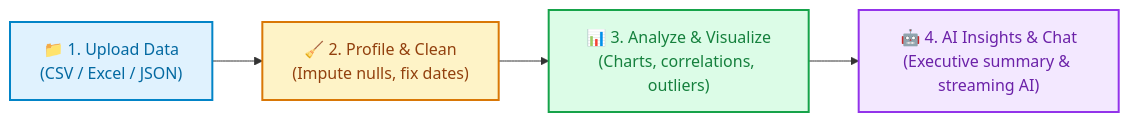
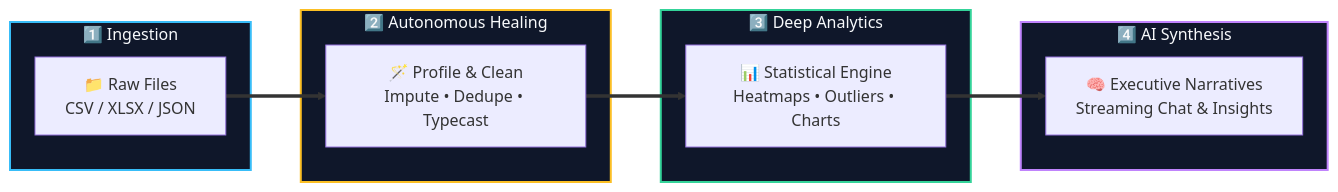
The first of 2 diagrams in README.md (s1Siddharth/HackMee), drawn with Mermaid before and after one commit. The commit also changed other lines of this file, not shown here.

Commit message:
docs: Upgrade README with UI-matched 6 core capabilities, rich emojis, and sleek dark-mode flowcharts

````diff
--- a/README.md
+++ b/README.md
@@ -23,11 +94,25 @@
 ```mermaid
 flowchart LR
-    A["📁 1. Upload Data<br>(CSV / Excel / JSON)"] --> B["🧹 2. Profile & Clean<br>(Impute nulls, fix dates)"]
-    B --> C["📊 3. Analyze & Visualize<br>(Charts, correlations, outliers)"]
-    C --> D["🤖 4. AI Insights & Chat<br>(Executive summary & streaming AI)"]
+    subgraph S1 ["1️⃣ Ingestion"]
+        A["📁 Raw Files<br>CSV / XLSX / JSON"]
+    end
 
-    style A fill:#e0f2fe,stroke:#0284c7,stroke-width:2px,color:#0369a1
-    style B fill:#fef3c7,stroke:#d97706,stroke-width:2px,color:#92400e
-    style C fill:#dcfce7,stroke:#16a34a,stroke-width:2px,color:#15803d
-    style D fill:#f3e8ff,stroke:#9333ea,stroke-width:2px,color:#6b21a8
+    subgraph S2 ["2️⃣ Autonomous Healing"]
+        B["🪄 Profile & Clean<br>Impute • Dedupe • Typecast"]
+    end
+
+    subgraph S3 ["3️⃣ Deep Analytics"]
+        C["📊 Statistical Engine<br>Heatmaps • Outliers • Charts"]
+    end
+
+    subgraph S4 ["4️⃣ AI Synthesis"]
+        D["🧠 Executive Narratives<br>Streaming Chat & Insights"]
+    end
+
+    A ==> B ==> C ==> D
+
+    style S1 fill:#0f172a,stroke:#38bdf8,stroke-width:2px,color:#f8fafc
+    style S2 fill:#0f172a,stroke:#fbbf24,stroke-width:2px,color:#f8fafc
+    style S3 fill:#0f172a,stroke:#34d399,stroke-width:2px,color:#f8fafc
+    style S4 fill:#0f172a,stroke:#c084fc,stroke-width:2px,color:#f8fafc
 ```
````
